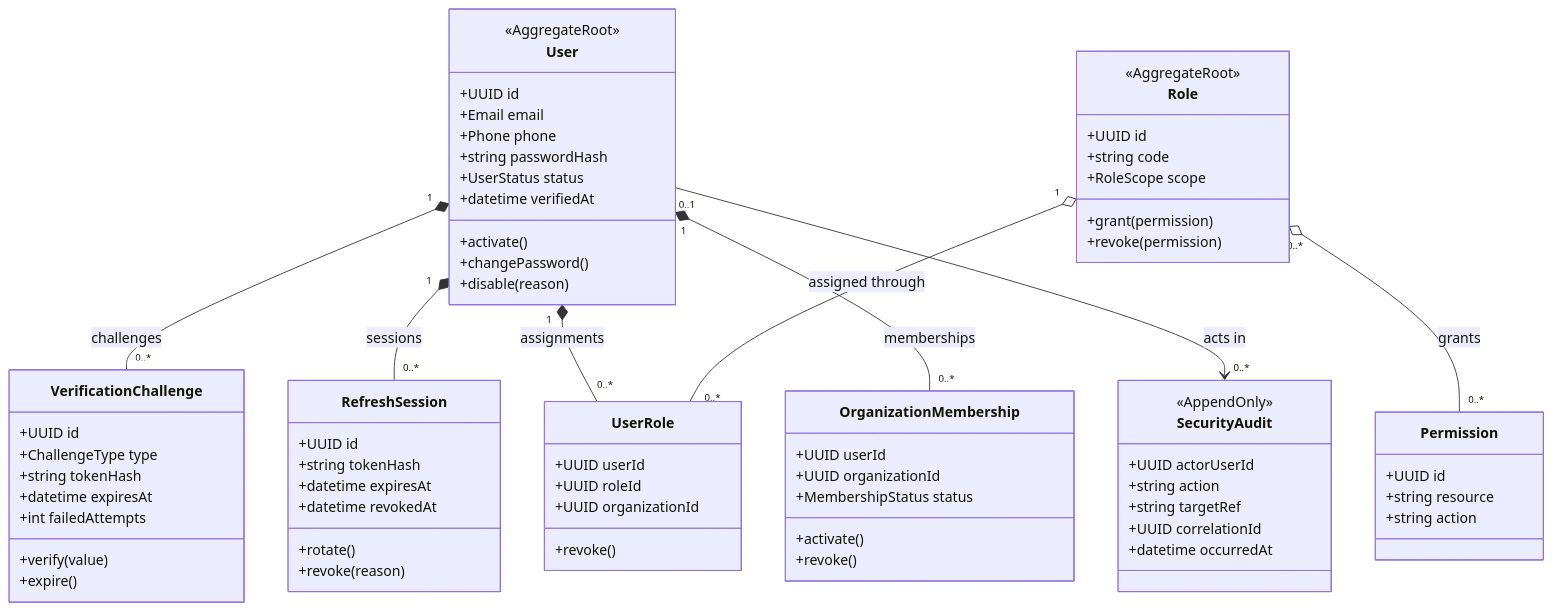
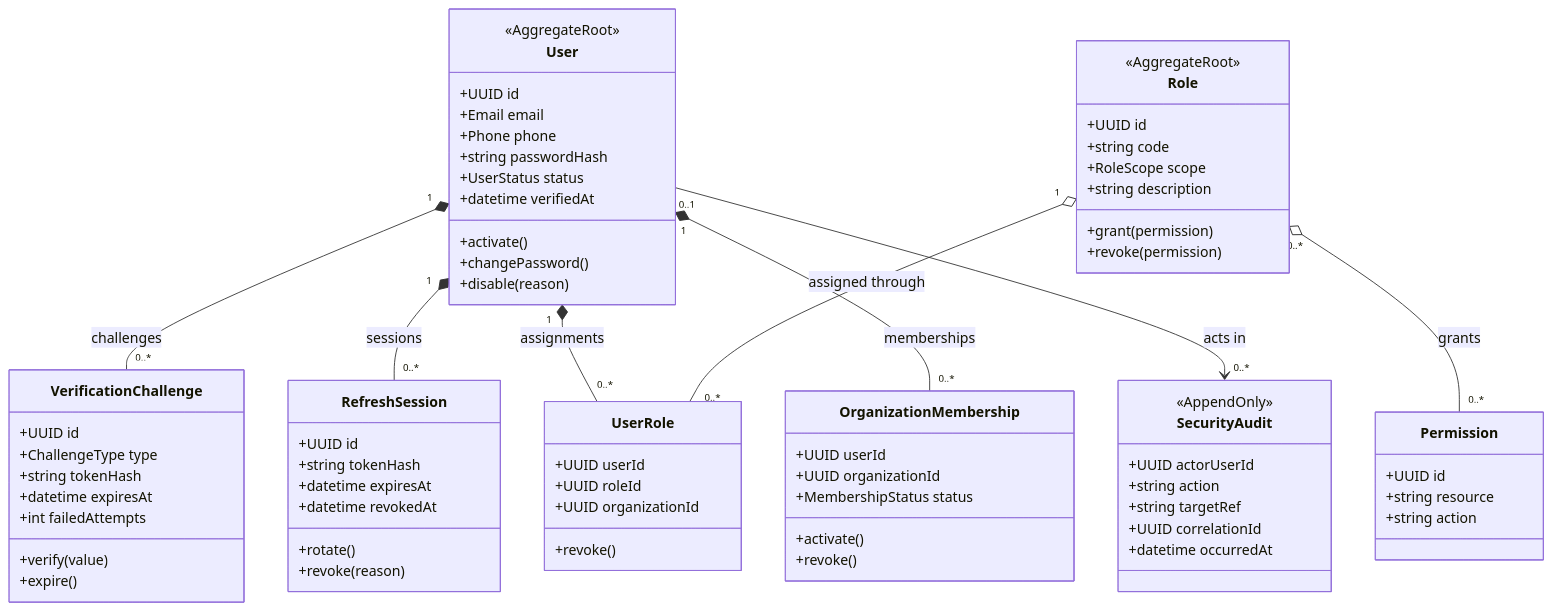
Before and after one commit to TrisMinh/PBL6: the diagram in docs/system-design/02-06-domain-class-diagrams/01-identity-domain.md, drawn with Mermaid. The commit also changed 68 other files, not shown here.

````diff
--- a/docs/system-design/02-06-domain-class-diagrams/01-identity-domain.md
+++ b/docs/system-design/02-06-domain-class-diagrams/01-identity-domain.md
@@ -5,74 +5,75 @@
 ```mermaid
 classDiagram
     class User {
         <<AggregateRoot>>
         +UUID id
         +Email email
         +Phone phone
         +string passwordHash
         +UserStatus status
         +datetime verifiedAt
         +activate()
         +changePassword()
         +disable(reason)
     }
     class VerificationChallenge {
         +UUID id
         +ChallengeType type
         +string tokenHash
         +datetime expiresAt
         +int failedAttempts
         +verify(value)
         +expire()
     }
     class RefreshSession {
         +UUID id
         +string tokenHash
         +datetime expiresAt
         +datetime revokedAt
         +rotate()
         +revoke(reason)
     }
     class Role {
         <<AggregateRoot>>
         +UUID id
         +string code
         +RoleScope scope
+        +string description
         +grant(permission)
         +revoke(permission)
     }
     class Permission {
         +UUID id
         +string resource
         +string action
     }
     class UserRole {
         +UUID userId
         +UUID roleId
         +UUID organizationId
         +revoke()
     }
     class OrganizationMembership {
         +UUID userId
         +UUID organizationId
         +MembershipStatus status
         +activate()
         +revoke()
     }
     class SecurityAudit {
         <<AppendOnly>>
         +UUID actorUserId
         +string action
         +string targetRef
         +UUID correlationId
         +datetime occurredAt
     }
 
     User "1" *-- "0..*" VerificationChallenge : challenges
     User "1" *-- "0..*" RefreshSession : sessions
     User "1" *-- "0..*" UserRole : assignments
     Role "1" o-- "0..*" UserRole : assigned through
     Role "0..*" o-- "0..*" Permission : grants
     User "1" *-- "0..*" OrganizationMembership : memberships
     User "0..1" --> "0..*" SecurityAudit : acts in
 ```
````
